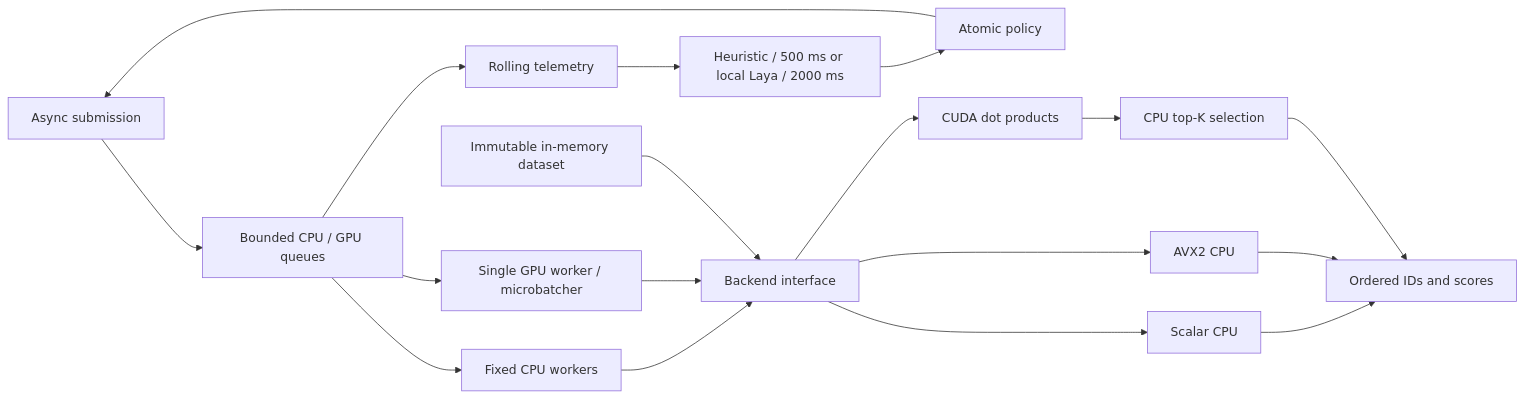
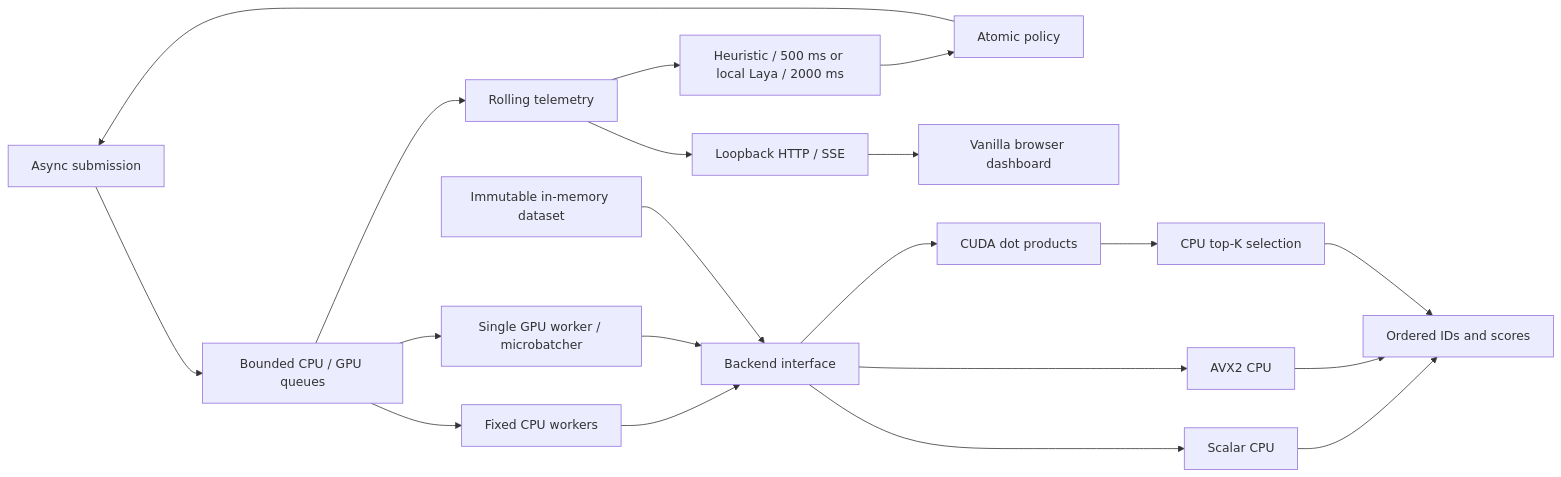
Before and after one commit to ColeSlad/Flowstate: the diagram in README.md, drawn with Mermaid. The commit also changed other lines of this file and 15 other files, not shown here.

````diff
--- a/README.md
+++ b/README.md
@@ -20,20 +17,22 @@
 ```mermaid
 flowchart LR
     Submit[Async submission] --> Queue[Bounded CPU / GPU queues]
     Control[Heuristic / 500 ms or local Laya / 2000 ms] --> Policy[Atomic policy]
     Policy --> Submit
     Queue --> Telemetry[Rolling telemetry]
     Telemetry --> Control
+    Telemetry --> SSE[Loopback HTTP / SSE]
+    SSE --> Browser[Vanilla browser dashboard]
     Queue --> CPU[Fixed CPU workers]
     Queue --> GPU[Single GPU worker / microbatcher]
     CPU --> Backend[Backend interface]
     GPU --> Backend
     Dataset[Immutable in-memory dataset] --> Backend
     Backend --> Scalar[Scalar CPU]
     Backend --> AVX[AVX2 CPU]
     Backend --> CUDA[CUDA dot products]
     CUDA --> Heap[CPU top-K selection]
     Scalar --> Results[Ordered IDs and scores]
     AVX --> Results
     Heap --> Results
 ```
````
